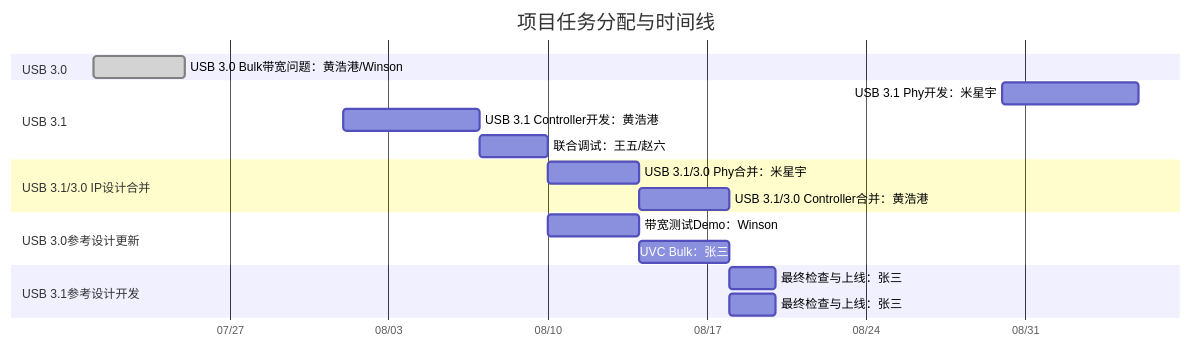
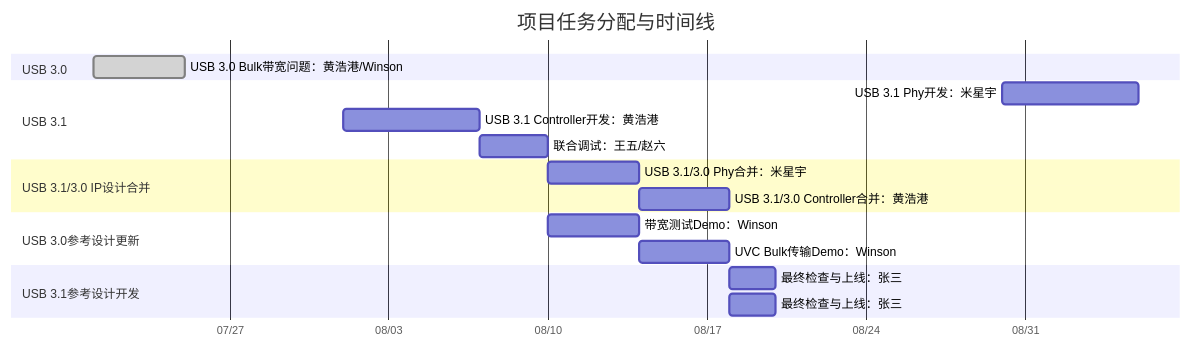
Before and after one commit to winsonbook/iodraw-files: the diagram in all/未命名.md, drawn with Mermaid.

Commit message:
2025-07-21 10:01:46 update

````diff
--- a/all/未命名.md
+++ b/all/未命名.md
@@ -1,29 +1,29 @@
 ```mermaid
 gantt
     title 项目任务分配与时间线
     dateFormat  YYYY-MM-DD
     axisFormat  %m/%d
 
     section USB 3.0
     USB 3.0 Bulk带宽问题：黄浩港/Winson   :done,    task1, 2025-07-21, 4d
 
     section USB 3.1
     USB 3.1 Phy开发：米星宇      :         task3, 2025-08-30, 6d
     USB 3.1 Controller开发：黄浩港      :  task4, 2025-08-01, 6d
     联合调试：王五/赵六  :         task5, 2025-08-07, 3d
 
     section USB 3.1/3.0 IP设计合并
     USB 3.1/3.0 Phy合并：米星宇       :         task6, 2025-08-10, 4d
     USB 3.1/3.0 Controller合并：黄浩港       :         task7, 2025-08-14, 4d
 
     section USB 3.0参考设计更新
     带宽测试Demo：Winson       :         task6, 2025-08-10, 4d
-    UVC Bulk：张三       :         task7, 2025-08-14, 4d
+    UVC Bulk传输Demo：Winson     :         task7, 2025-08-14, 4d
 
     section USB 3.1参考设计开发
     最终检查与上线：张三 :         task8, 2025-08-18, 2d
 
     section USB 3.1参考设计开发
     最终检查与上线：张三 :         task8, 2025-08-18, 2d
 
 ```
````
